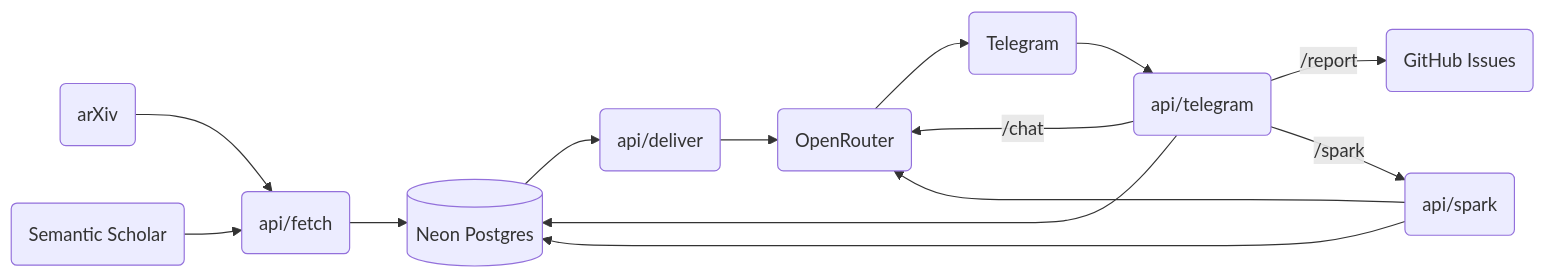
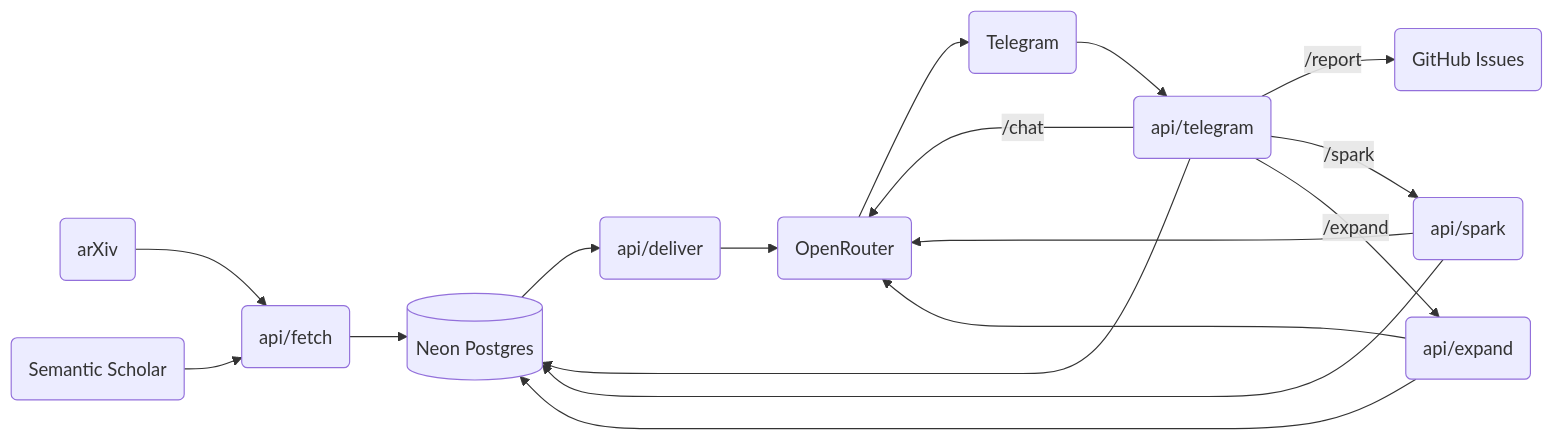
One commit to AruneemB/axiom changed the diagram in README.md. Above: the diagram before and after it, drawn with Mermaid. The commit also changed other lines of this file and 1 other file, not shown here.

Commit message:
fix(expand): guard answerCallbackQuery against network errors; update README
api/telegram.py: wrap the early answerCallbackQuery httpx.post in a
try/except httpx.RequestError (covers TimeoutException, ConnectError, etc.)
so a transient Telegram API failure cannot abort feedback DB writes or the
expand/spark dispatch that follows. Logs via logging.exception() to match
the existing pattern in handle_chat.

README.md: document the /expand Deep-Dive Synthesis feature in the Key
Features list and add api/expand to the architecture diagram.

````diff
--- a/README.md
+++ b/README.md
@@ -55,16 +56,19 @@
 ```mermaid
 graph LR
     arXiv(arXiv) --> Fetch(api/fetch)
     SS(Semantic Scholar) --> Fetch
     Fetch --> DB[(Neon Postgres)]
     DB --> Deliver(api/deliver)
     Deliver --> LLM(OpenRouter)
     LLM --> Telegram(Telegram)
     Telegram --> Feedback(api/telegram)
     Feedback --> DB
     Feedback -- "/chat" --> LLM
     Feedback -- "/report" --> GitHub(GitHub Issues)
     Feedback -- "/spark" --> Spark(api/spark)
     Spark --> DB
     Spark --> LLM
+    Feedback -- "/expand" --> Expand(api/expand)
+    Expand --> DB
+    Expand --> LLM
 ```
````
